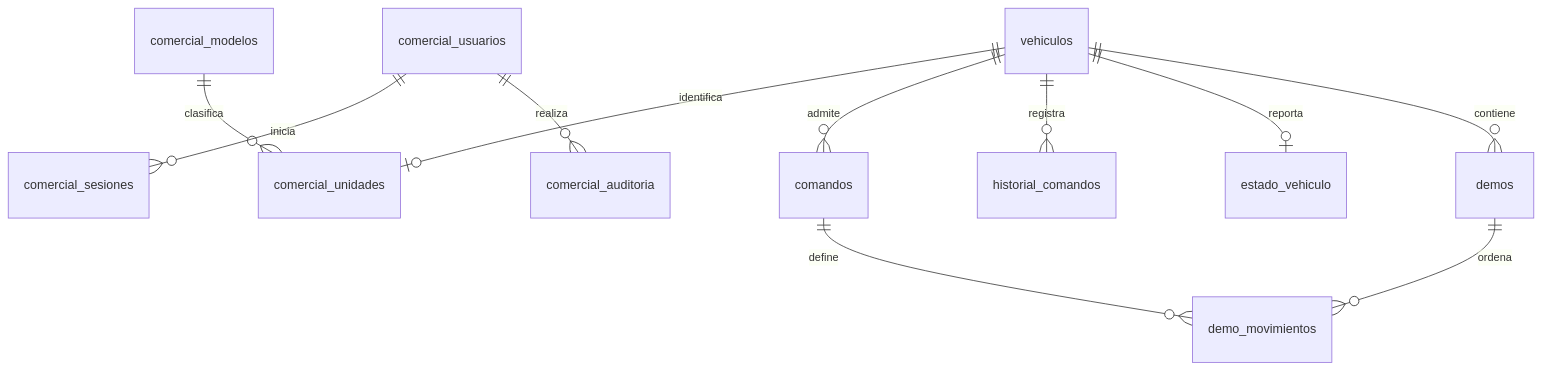
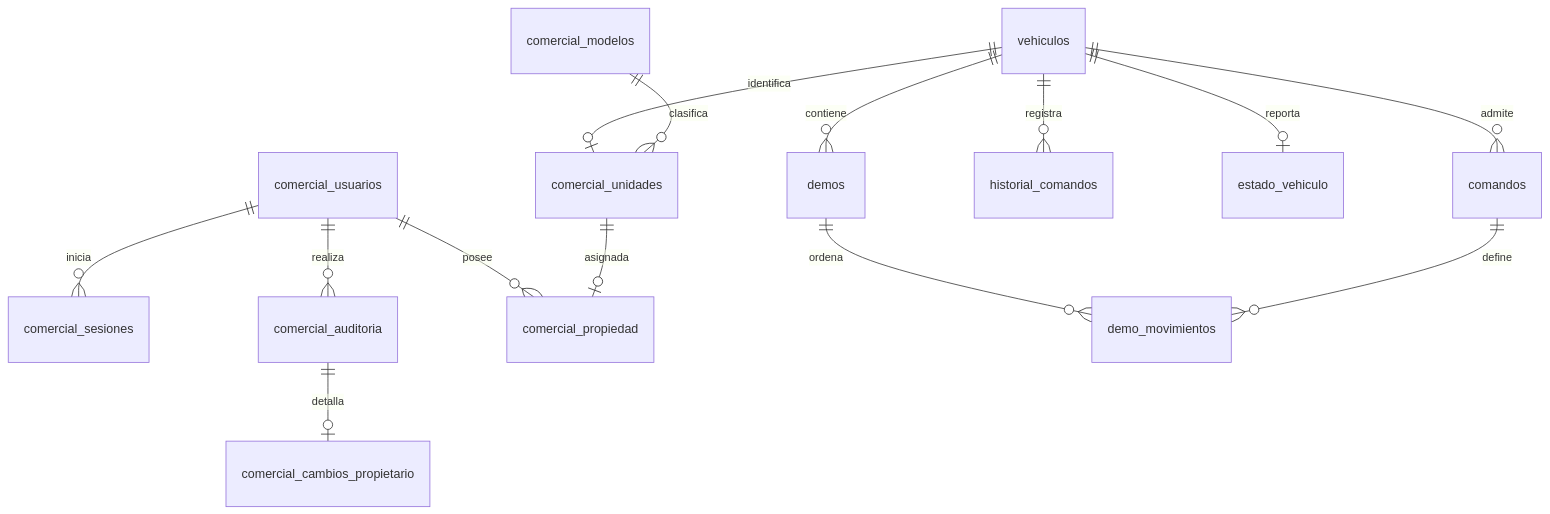
The diagram in docs/PRACTICA-4-3.md (Zreyter/api-vehiculo-iot), drawn with Mermaid before and after one commit. The commit also changed other lines of this file and 24 other files, not shown here.

Commit message:
Asigna unidades a compradores y protege el control y monitoreo por propietario

````diff
--- a/docs/PRACTICA-4-3.md
+++ b/docs/PRACTICA-4-3.md
@@ -26,13 +27,16 @@
 ```mermaid
 erDiagram
     vehiculos ||--o| comercial_unidades : identifica
     comercial_modelos ||--o{ comercial_unidades : clasifica
     comercial_usuarios ||--o{ comercial_sesiones : inicia
     comercial_usuarios ||--o{ comercial_auditoria : realiza
+    comercial_usuarios ||--o{ comercial_propiedad : posee
+    comercial_unidades ||--o| comercial_propiedad : asignada
+    comercial_auditoria ||--o| comercial_cambios_propietario : detalla
     vehiculos ||--o{ comandos : admite
     vehiculos ||--o{ historial_comandos : registra
     vehiculos ||--o| estado_vehiculo : reporta
     vehiculos ||--o{ demos : contiene
     demos ||--o{ demo_movimientos : ordena
     comandos ||--o{ demo_movimientos : define
 ```
````
